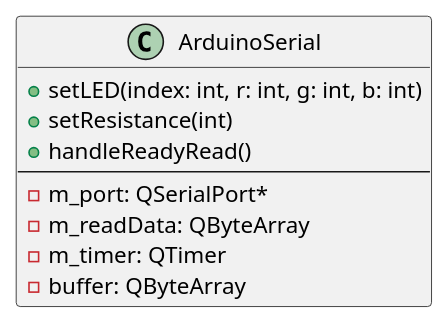
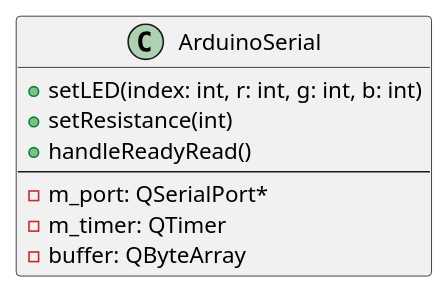
One commit to Anders-Clement/B208 changed the diagram in uml/class/ArduinoSerial.iuml. Above: the diagram before and after it, drawn with PlantUML. The commit also changed 14 other files, not shown here.

Commit message:
more uml stuff and separate fake qt stuff

```diff
--- a/uml/class/ArduinoSerial.iuml
+++ b/uml/class/ArduinoSerial.iuml
@@ -1,10 +1,9 @@
 class ArduinoSerial {
     + setLED(index: int, r: int, g: int, b: int)
     + setResistance(int)
     + handleReadyRead()
     --
     - m_port: QSerialPort*
-    - m_readData: QByteArray
     - m_timer: QTimer
     - buffer: QByteArray
 }
```
